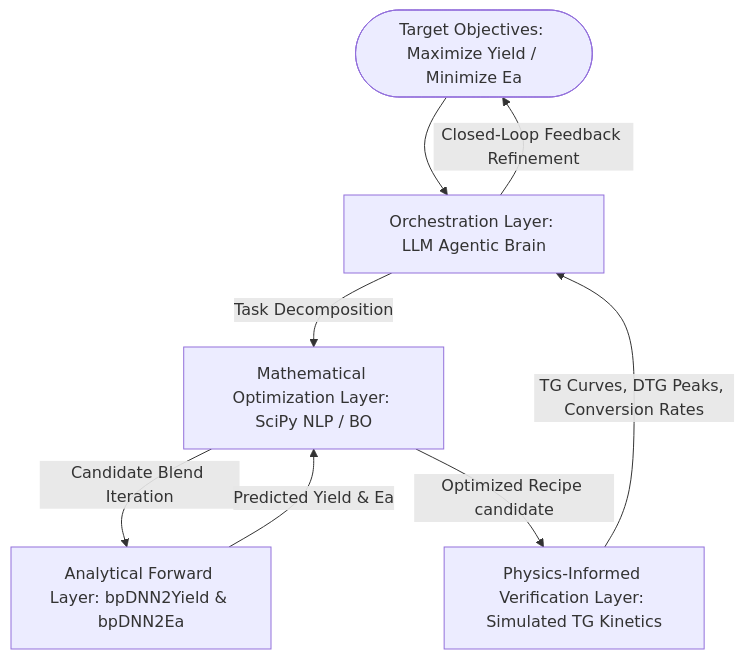
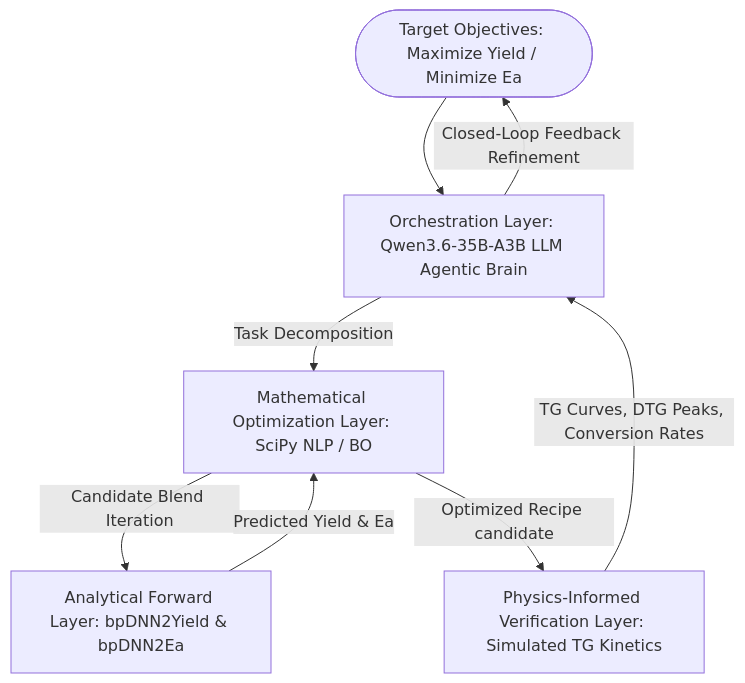
The diagram in Environmental_Implications/Integrated_application_mode/pyrolysis_Bot.md (TANG-LAB-WHU/InterpretableDNN_PyrolysisModel), drawn with Mermaid before and after one commit. The commit also changed other lines of this file, not shown here.

Commit message:
feat(agent): update PyroBot proposal to deploy Qwen3.6-35B-A3B-Instruct on WHU HPC

````diff
--- a/Environmental_Implications/Integrated_application_mode/pyrolysis_Bot.md
+++ b/Environmental_Implications/Integrated_application_mode/pyrolysis_Bot.md
@@ -22,10 +22,10 @@
 ```mermaid
 graph TD
-    User([Target Objectives: Maximize Yield / Minimize Ea]) --> Brain[Orchestration Layer: LLM Agentic Brain]
+    User([Target Objectives: Maximize Yield / Minimize Ea]) --> Brain[Orchestration Layer: Qwen3.6-35B-A3B LLM Agentic Brain]
     Brain -->|Task Decomposition| Optimizer[Mathematical Optimization Layer: SciPy NLP / BO]
     Optimizer -->|Candidate Blend Iteration| DNN_Forward[Analytical Forward Layer: bpDNN2Yield & bpDNN2Ea]
     DNN_Forward -->|Predicted Yield & Ea| Optimizer
     Optimizer -->|Optimized Recipe candidate| Physics_Val[Physics-Informed Verification Layer: Simulated TG Kinetics]
     Physics_Val -->|TG Curves, DTG Peaks, Conversion Rates| Brain
     Brain -->|Closed-Loop Feedback Refinement| User
 ```
````
